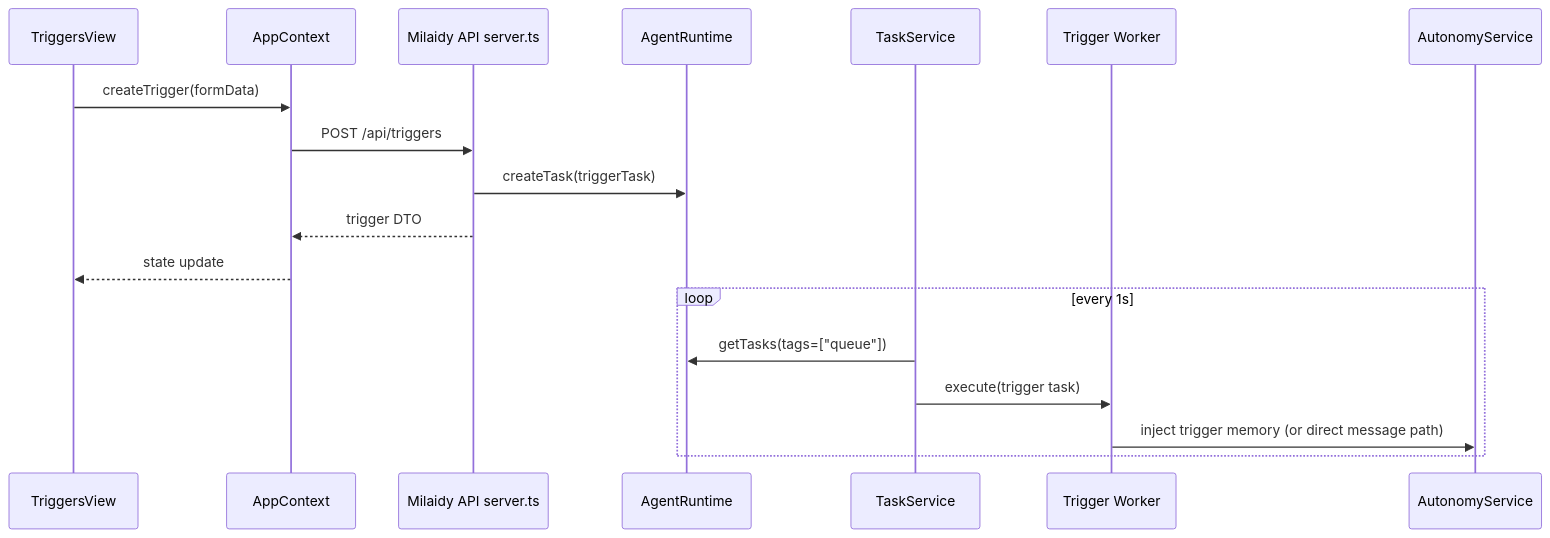
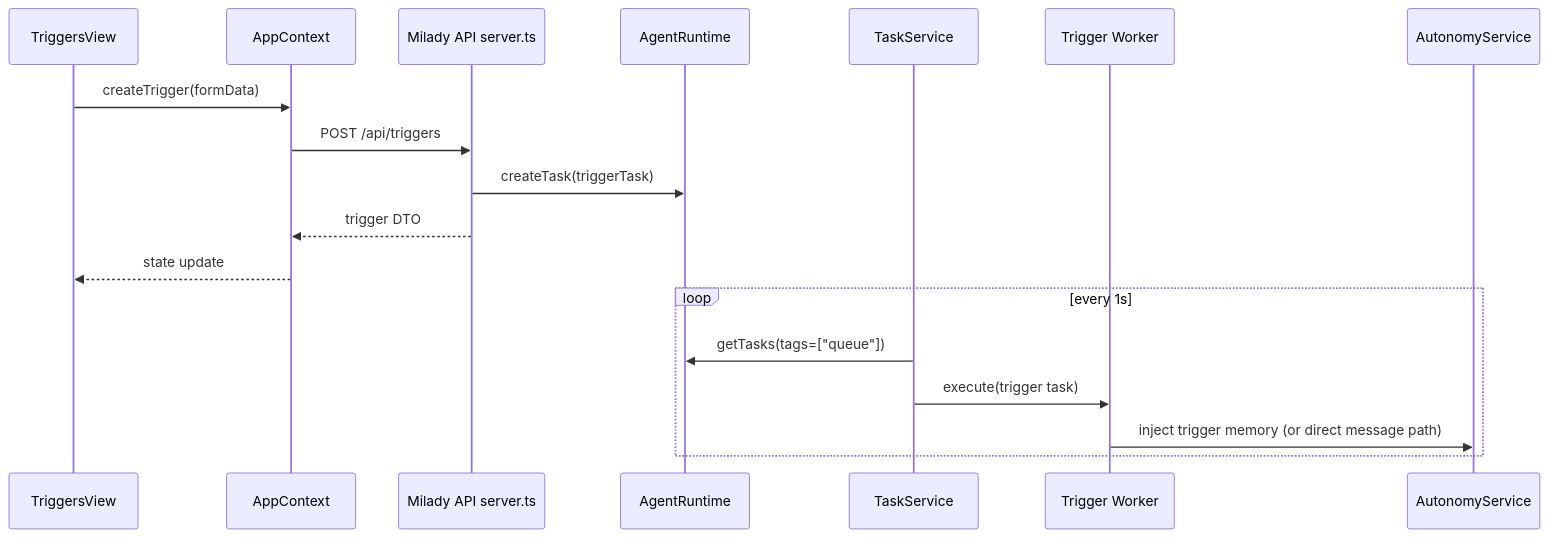
One commit to elizaOS/milaidy changed the diagram in docs/triggers-system-implementation/01-system-control-flow-map.md. Above: the diagram before and after it, drawn with Mermaid. The commit also changed other lines of this file and 671 other files, not shown here.

Commit message:
brand: rename milaidy to milady

````diff
--- a/docs/triggers-system-implementation/01-system-control-flow-map.md
+++ b/docs/triggers-system-implementation/01-system-control-flow-map.md
@@ -271,22 +271,22 @@
 ```mermaid
 sequenceDiagram
   participant UI as TriggersView
   participant Ctx as AppContext
-  participant API as Milaidy API server.ts
+  participant API as Milady API server.ts
   participant RT as AgentRuntime
   participant TS as TaskService
   participant TW as Trigger Worker
   participant AU as AutonomyService
 
   UI->>Ctx: createTrigger(formData)
   Ctx->>API: POST /api/triggers
   API->>RT: createTask(triggerTask)
   API-->>Ctx: trigger DTO
   Ctx-->>UI: state update
 
   loop every 1s
     TS->>RT: getTasks(tags=["queue"])
     TS->>TW: execute(trigger task)
     TW->>AU: inject trigger memory (or direct message path)
   end
 ```
````
